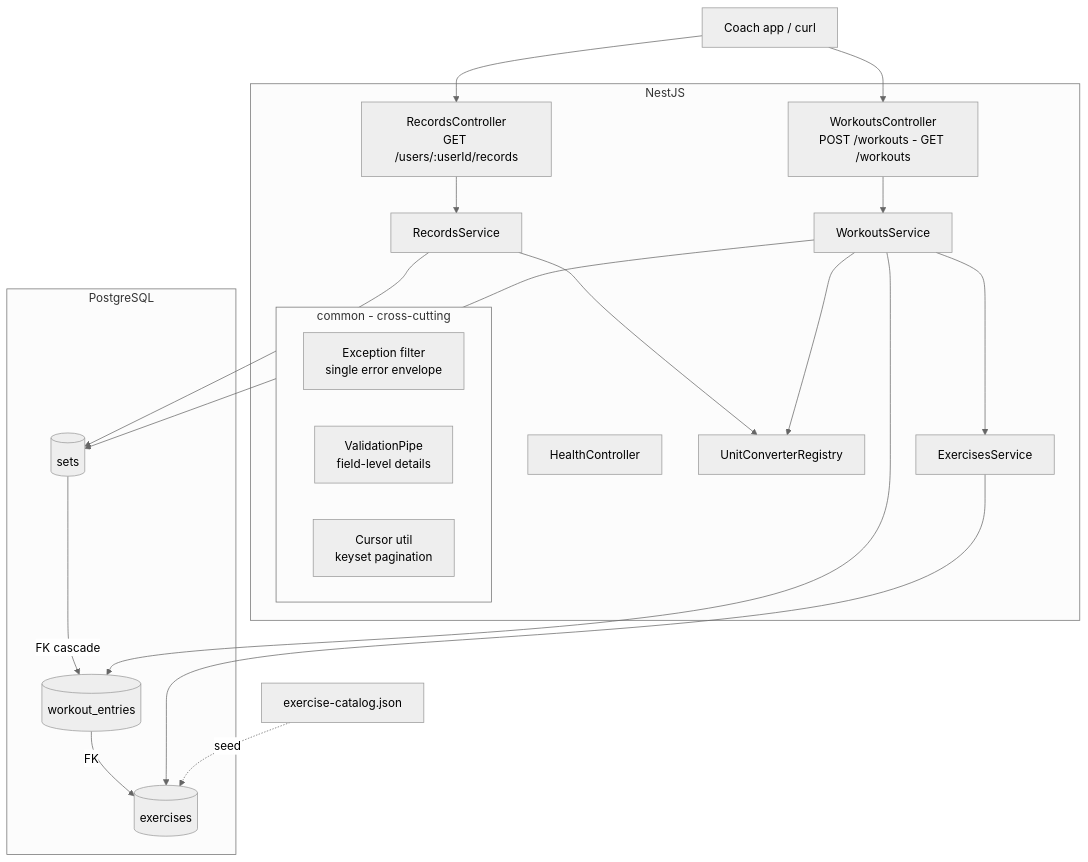
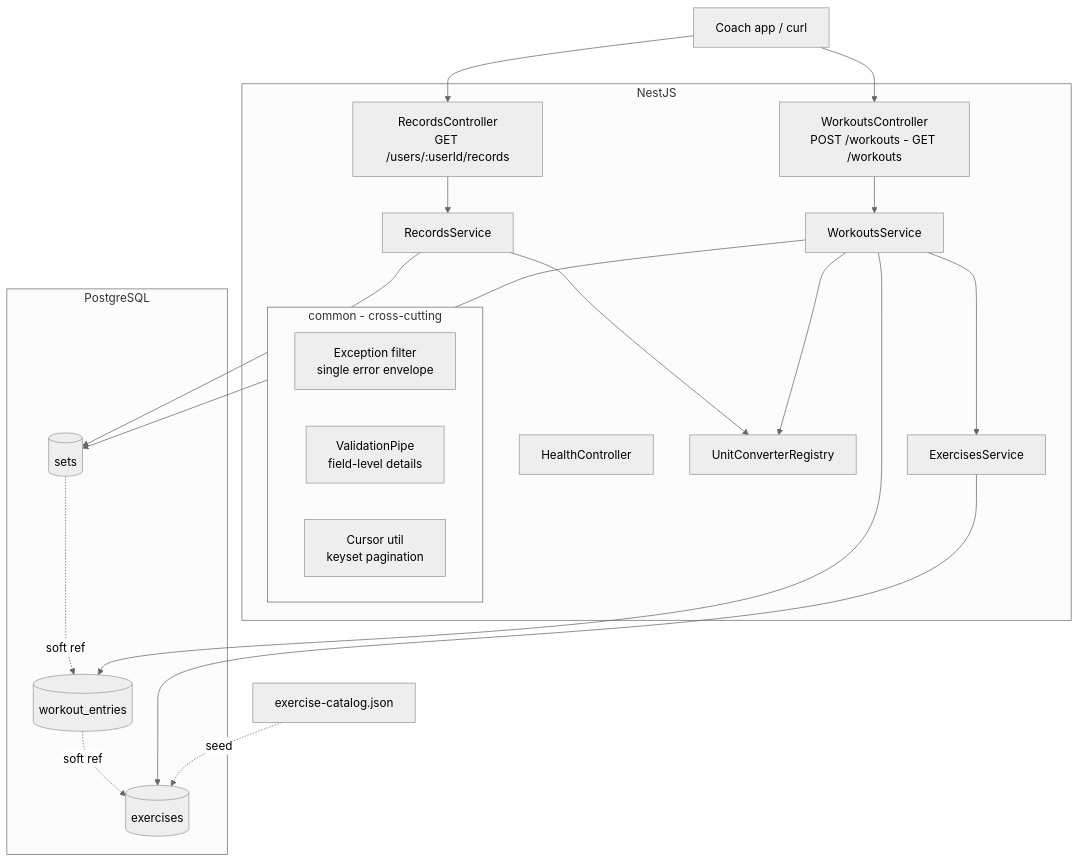
One commit to tuanhah/everfit-assignment changed the diagram in README.md. Above: the diagram before and after it, drawn with Mermaid (neutral theme).

Commit message:
docs: fix architecture diagram to show soft references

````diff
--- a/README.md
+++ b/README.md
@@ -51,34 +51,34 @@
 ```mermaid
 flowchart TB
     Client[Coach app / curl]
 
     subgraph NestJS
         subgraph common[common - cross-cutting]
             EF[Exception filter<br/>single error envelope]
             VP[ValidationPipe<br/>field-level details]
             CU[Cursor util<br/>keyset pagination]
         end
         WC[WorkoutsController<br/>POST /workouts - GET /workouts]
         RC[RecordsController<br/>GET /users/:userId/records]
         HC[HealthController]
         WS[WorkoutsService] --> UR[UnitConverterRegistry]
         RS[RecordsService] --> UR
         WS --> ES[ExercisesService]
     end
 
     subgraph PostgreSQL
         T1[(exercises)]
         T2[(workout_entries)]
         T3[(sets)]
     end
 
     CFG[exercise-catalog.json] -. seed .-> T1
     Client --> WC & RC
     WC --> WS
     RC --> RS
     WS --> T2 & T3
     RS --> T3
     ES --> T1
-    T2 -- FK --> T1
-    T3 -- FK cascade --> T2
+    T2 -. soft ref .-> T1
+    T3 -. soft ref .-> T2
 ```
````
